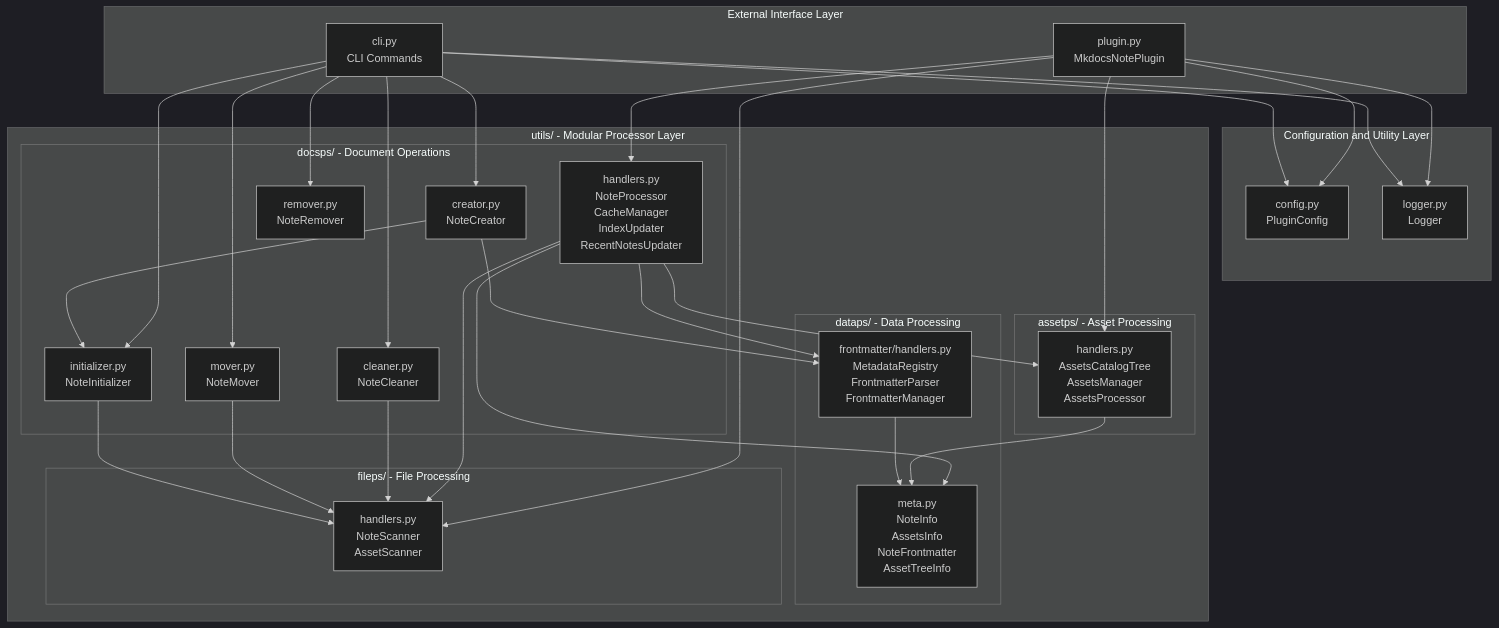
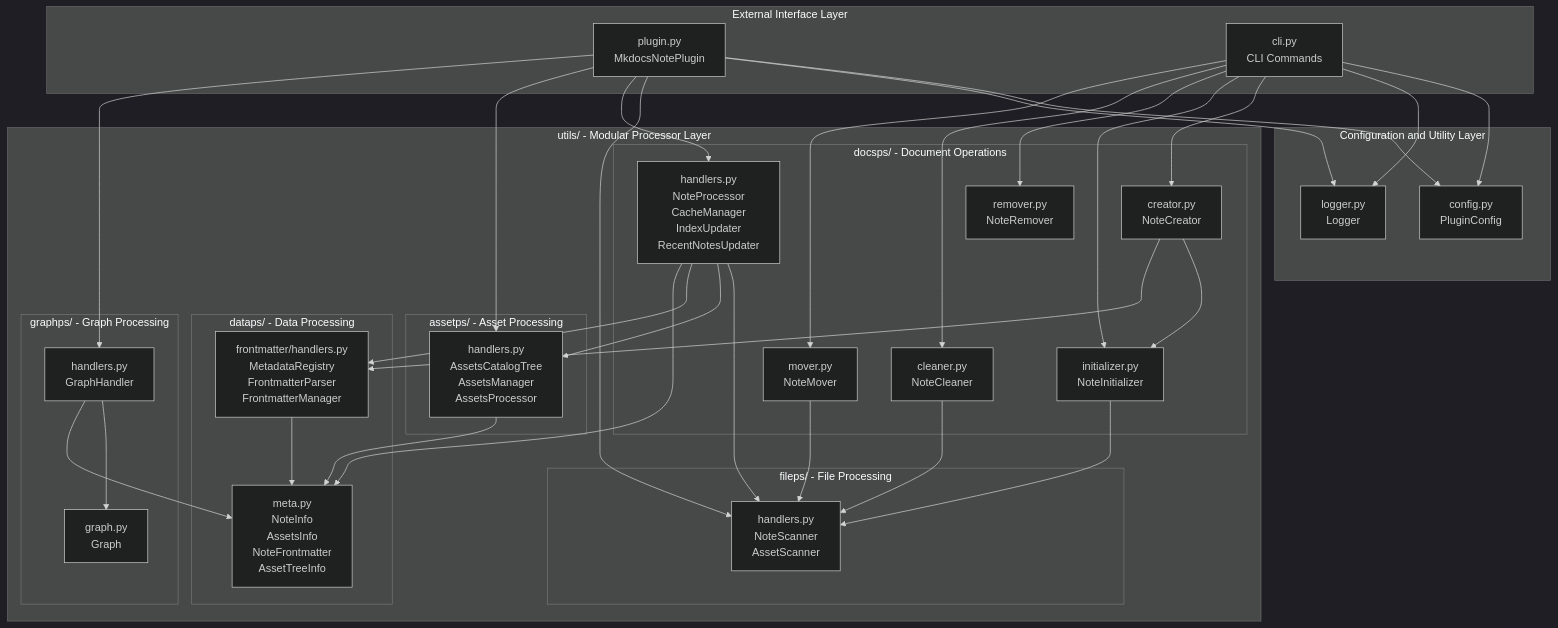
Before and after one commit to virtualguard101/mkdocs-note: the first of 9 diagrams in docs/contributing/architecture.md, drawn with Mermaid (dark theme). The commit also changed other lines of this file and 4 other files, not shown here.

````diff
--- a/docs/contributing/architecture.md
+++ b/docs/contributing/architecture.md
@@ -122,65 +123,74 @@
 ```mermaid
 graph TB
     subgraph "External Interface Layer"
         Plugin[plugin.py<br/>MkdocsNotePlugin]
         CLI[cli.py<br/>CLI Commands]
     end
     
     subgraph "Configuration and Utility Layer"
         Config[config.py<br/>PluginConfig]
         Logger[logger.py<br/>Logger]
     end
     
     subgraph "utils/ - Modular Processor Layer"
         subgraph "docsps/ - Document Operations"
             DocsHandlers[handlers.py<br/>NoteProcessor<br/>CacheManager<br/>IndexUpdater<br/>RecentNotesUpdater]
             Creator[creator.py<br/>NoteCreator]
             Cleaner[cleaner.py<br/>NoteCleaner]
             Initializer[initializer.py<br/>NoteInitializer]
             Remover[remover.py<br/>NoteRemover]
             Mover[mover.py<br/>NoteMover]
         end
         
         subgraph "assetps/ - Asset Processing"
             AssetsHandlers[handlers.py<br/>AssetsCatalogTree<br/>AssetsManager<br/>AssetsProcessor]
         end
         
         subgraph "dataps/ - Data Processing"
             Meta[meta.py<br/>NoteInfo<br/>AssetsInfo<br/>NoteFrontmatter<br/>AssetTreeInfo]
             FrontmatterHandlers[frontmatter/handlers.py<br/>MetadataRegistry<br/>FrontmatterParser<br/>FrontmatterManager]
         end
         
+        subgraph "graphps/ - Graph Processing"
+            GraphHandlers[handlers.py<br/>GraphHandler]
+            Graph[graph.py<br/>Graph]
+        end
+        
         subgraph "fileps/ - File Processing"
             FileHandlers[handlers.py<br/>NoteScanner<br/>AssetScanner]
         end
     end
     
     Plugin --> Config
     Plugin --> Logger
     Plugin --> FileHandlers
     Plugin --> DocsHandlers
     Plugin --> AssetsHandlers
+    Plugin --> GraphHandlers
     
     CLI --> Config
     CLI --> Logger
     CLI --> Creator
     CLI --> Initializer
     CLI --> Remover
     CLI --> Cleaner
     CLI --> Mover
     
     DocsHandlers --> FileHandlers
     DocsHandlers --> AssetsHandlers
     DocsHandlers --> FrontmatterHandlers
     DocsHandlers --> Meta
     
     Creator --> Initializer
     Creator --> FrontmatterHandlers
     
     Cleaner --> FileHandlers
     Mover --> FileHandlers
     Initializer --> FileHandlers
     
+    GraphHandlers --> Graph
+    GraphHandlers --> Meta
+    
     AssetsHandlers --> Meta
     FrontmatterHandlers --> Meta
 ```
````
